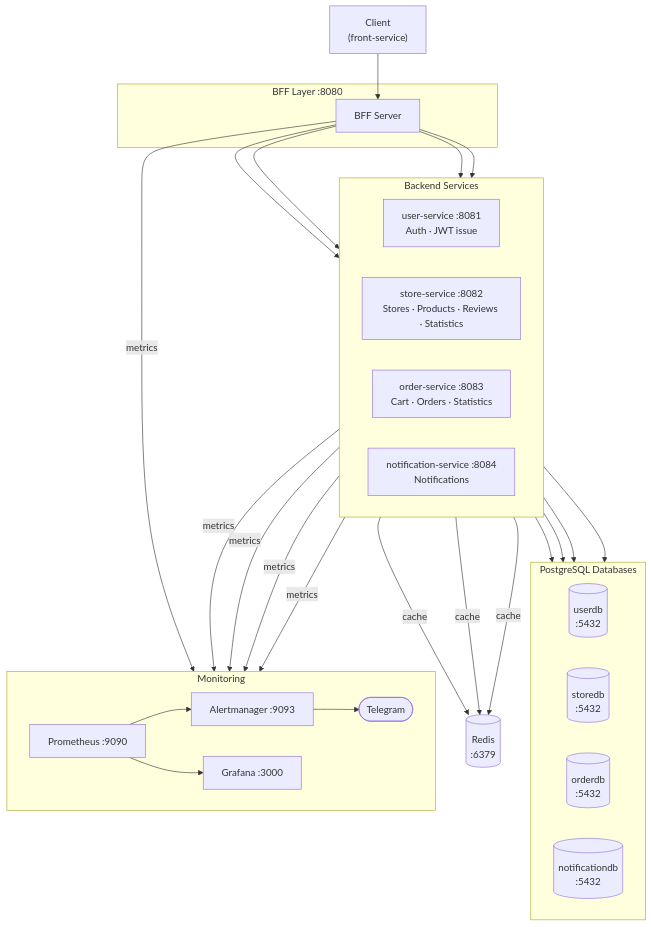
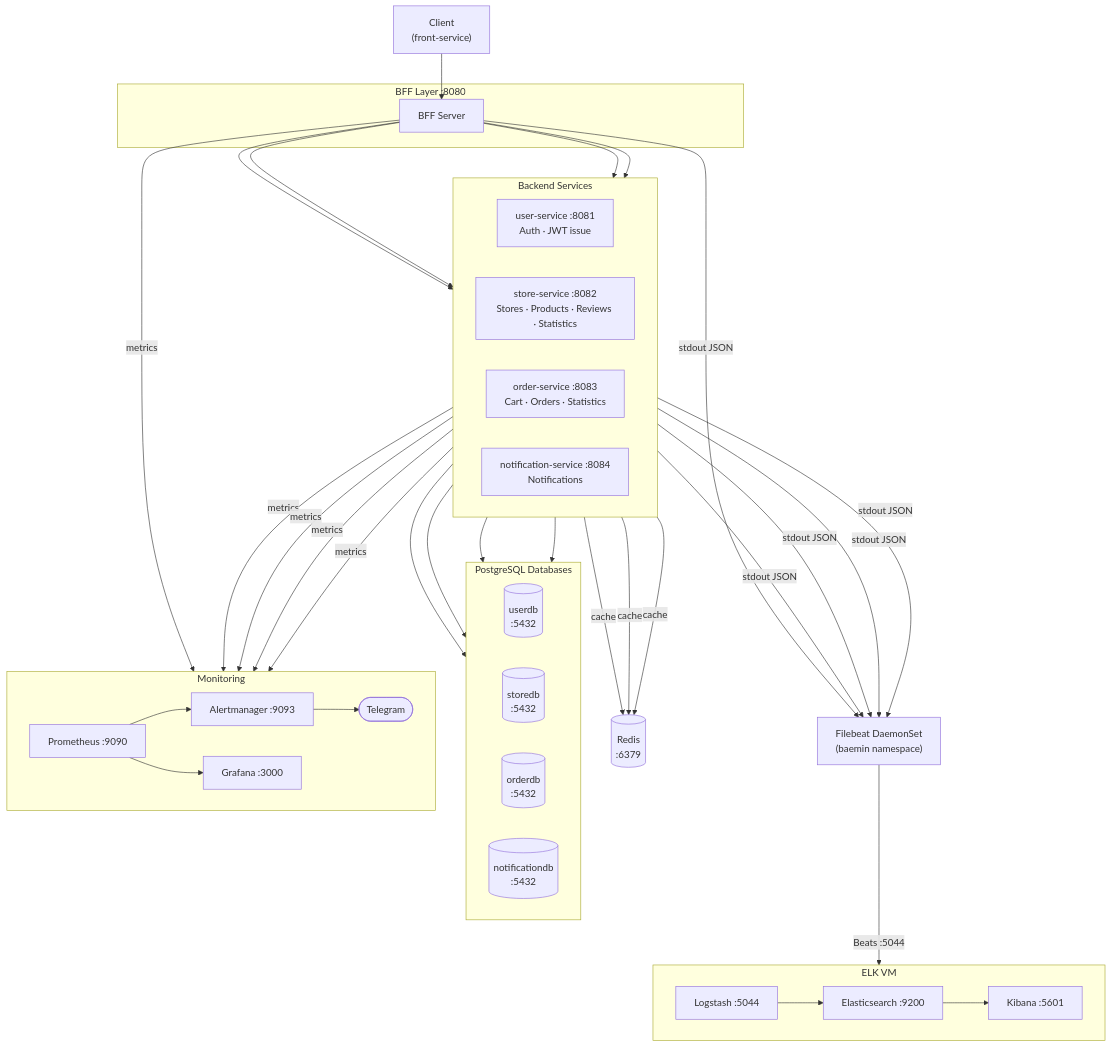
Before and after one commit to proLmpa/Deliprac: the first of 7 diagrams in README.md, drawn with Mermaid. The commit also changed other lines of this file, not shown here.

First line of the commit message:
docs: update README with ELK stack integration (Phase 2–4)

````diff
--- a/README.md
+++ b/README.md
@@ -10,44 +10,54 @@
 ```mermaid
 flowchart TB
     C["Client\n(front-service)"]
 
     subgraph bff ["BFF Layer :8080"]
         BFF["BFF Server"]
     end
 
     subgraph svc ["Backend Services"]
         direction LR
         US["user-service :8081\nAuth · JWT issue"]
         SS["store-service :8082\nStores · Products · Reviews · Statistics"]
         OS["order-service :8083\nCart · Orders · Statistics"]
         NS["notification-service :8084\nNotifications"]
     end
 
     subgraph db ["PostgreSQL Databases"]
         direction LR
         UD[("userdb\n:5432")]
         SD[("storedb\n:5432")]
         OD[("orderdb\n:5432")]
         ND[("notificationdb\n:5432")]
     end
 
     RD[("Redis\n:6379")]
 
     subgraph mon ["Monitoring"]
         direction LR
         PR["Prometheus :9090"] --> AM["Alertmanager :9093"] --> TG(["Telegram"])
         PR --> GF["Grafana :3000"]
     end
 
+    FB["Filebeat DaemonSet\n(baemin namespace)"]
+
+    subgraph elk ["ELK VM"]
+        direction LR
+        LS["Logstash :5044"] --> ES["Elasticsearch :9200"]
+        ES --> KB["Kibana :5601"]
+    end
+
     C --> BFF
     BFF --> US & SS & OS & NS
 
     US --> UD
     SS --> SD
     OS --> OD
     NS --> ND
 
     SS & OS & NS -->|cache| RD
 
     BFF & US & SS & OS & NS -->|metrics| PR
+    BFF & US & SS & OS & NS -->|stdout JSON| FB
+    FB -->|Beats :5044| LS
 ```
````
